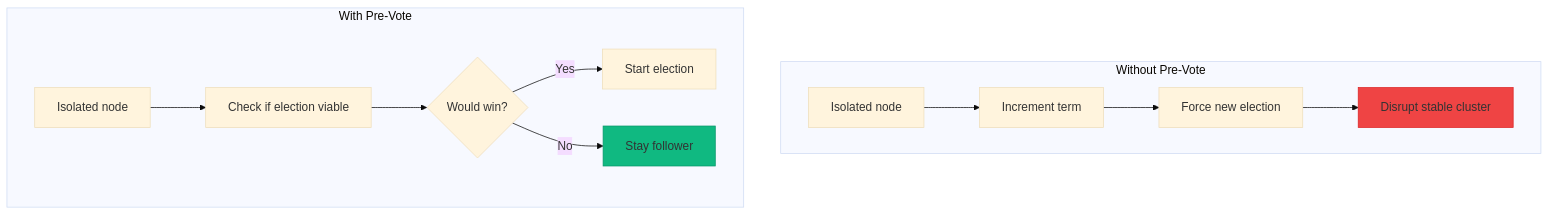
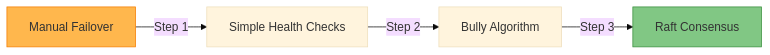
One commit to deepaucksharma/DStudio changed the fifth of 6 diagrams in docs/pattern-library/coordination/leader-election.md. Above: the diagram before and after it, drawn with Mermaid (base theme). The commit also changed other lines of this file and 191 other files, not shown here.

````diff
--- a/docs/pattern-library/coordination/leader-election.md
+++ b/docs/pattern-library/coordination/leader-election.md
@@ -1037,27 +306,9 @@
 ```mermaid
-graph TB
-    subgraph "Without Pre-Vote"
-        WO1[Isolated node]
-        WO2[Increment term]
-        WO3[Force new election]
-        WO4[Disrupt stable cluster]
-        
-        WO1 --> WO2 --> WO3 --> WO4
-        
-        style WO4 fill:#ef4444,stroke:#dc2626
-    end
+graph LR
+    A[Manual Failover] -->|Step 1| B[Simple Health Checks]
+    B -->|Step 2| C[Bully Algorithm]
+    C -->|Step 3| D[Raft Consensus]
     
-    subgraph "With Pre-Vote"
-        W1[Isolated node]
-        W2[Check if election viable]
-        W3{Would win?}
-        W4[Start election]
-        W5[Stay follower]
-        
-        W1 --> W2 --> W3
-        W3 -->|Yes| W4
-        W3 -->|No| W5
-        
-        style W5 fill:#10b981,stroke:#059669
-    end
+    style A fill:#ffb74d,stroke:#f57c00
+    style D fill:#81c784,stroke:#388e3c
 ```
````
